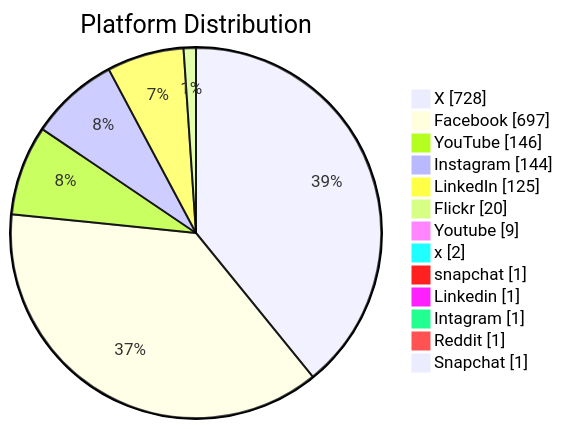
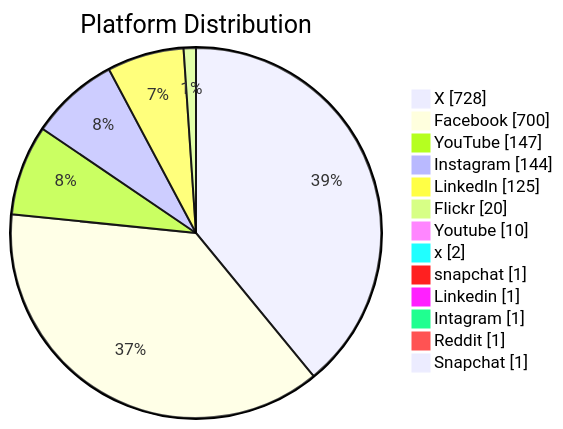
The second of 6 diagrams in README.md (PatLittle/GC-Socials), drawn with Mermaid before and after one commit. The commit also changed other lines of this file, not shown here.

Commit message:
Update README with Platform Distribution pie chart

````diff
--- a/README.md
+++ b/README.md
@@ -46,16 +46,16 @@
 ```mermaid
 pie showData title Platform Distribution
     "X": 728
-    "Facebook": 697
-    "YouTube": 146
+    "Facebook": 700
+    "YouTube": 147
     "Instagram": 144
     "LinkedIn": 125
     "Flickr": 20
-    "Youtube": 9
+    "Youtube": 10
     "x": 2
     "snapchat": 1
     "Linkedin": 1
     "Intagram": 1
     "Reddit": 1
     "Snapchat": 1
 ```
````
